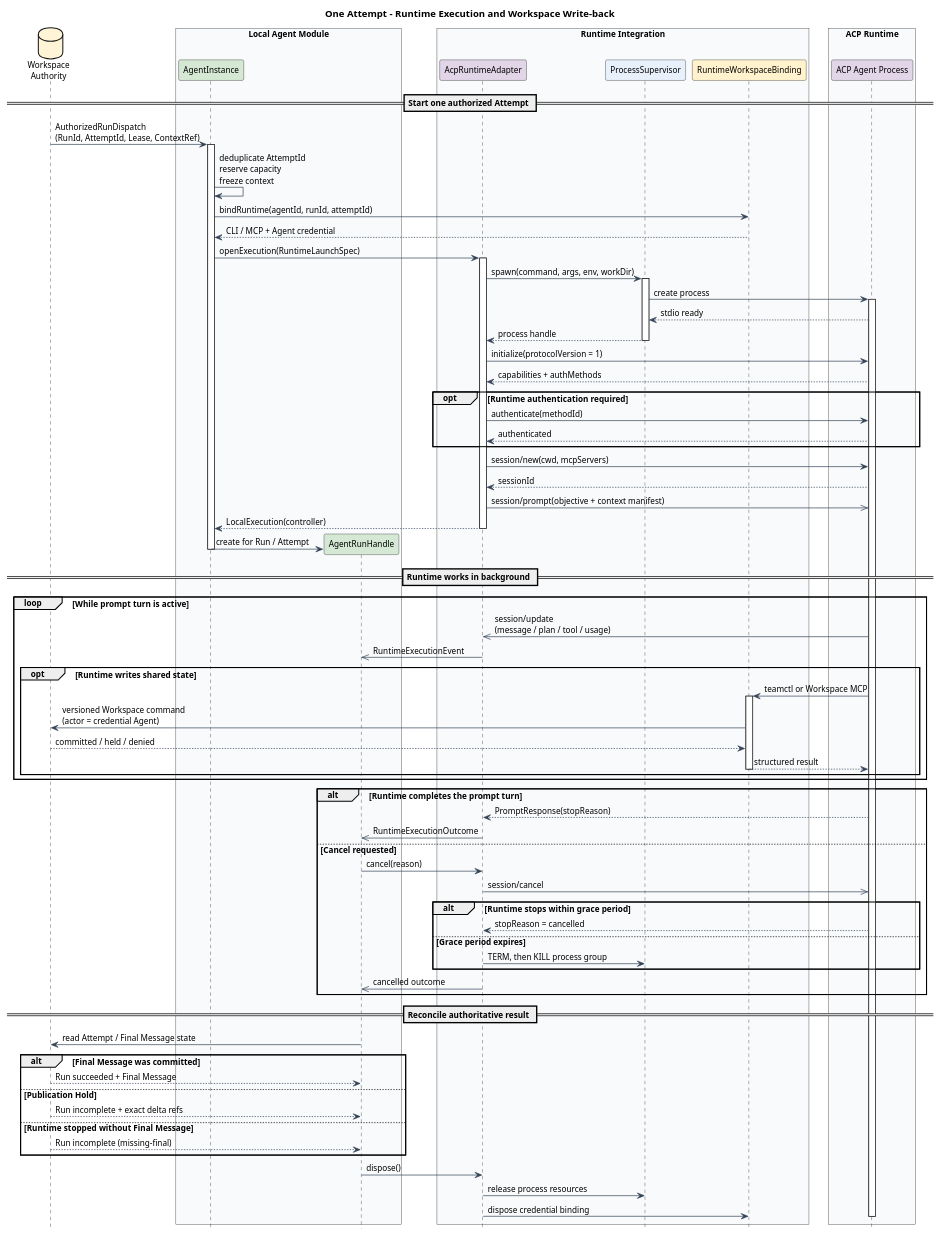
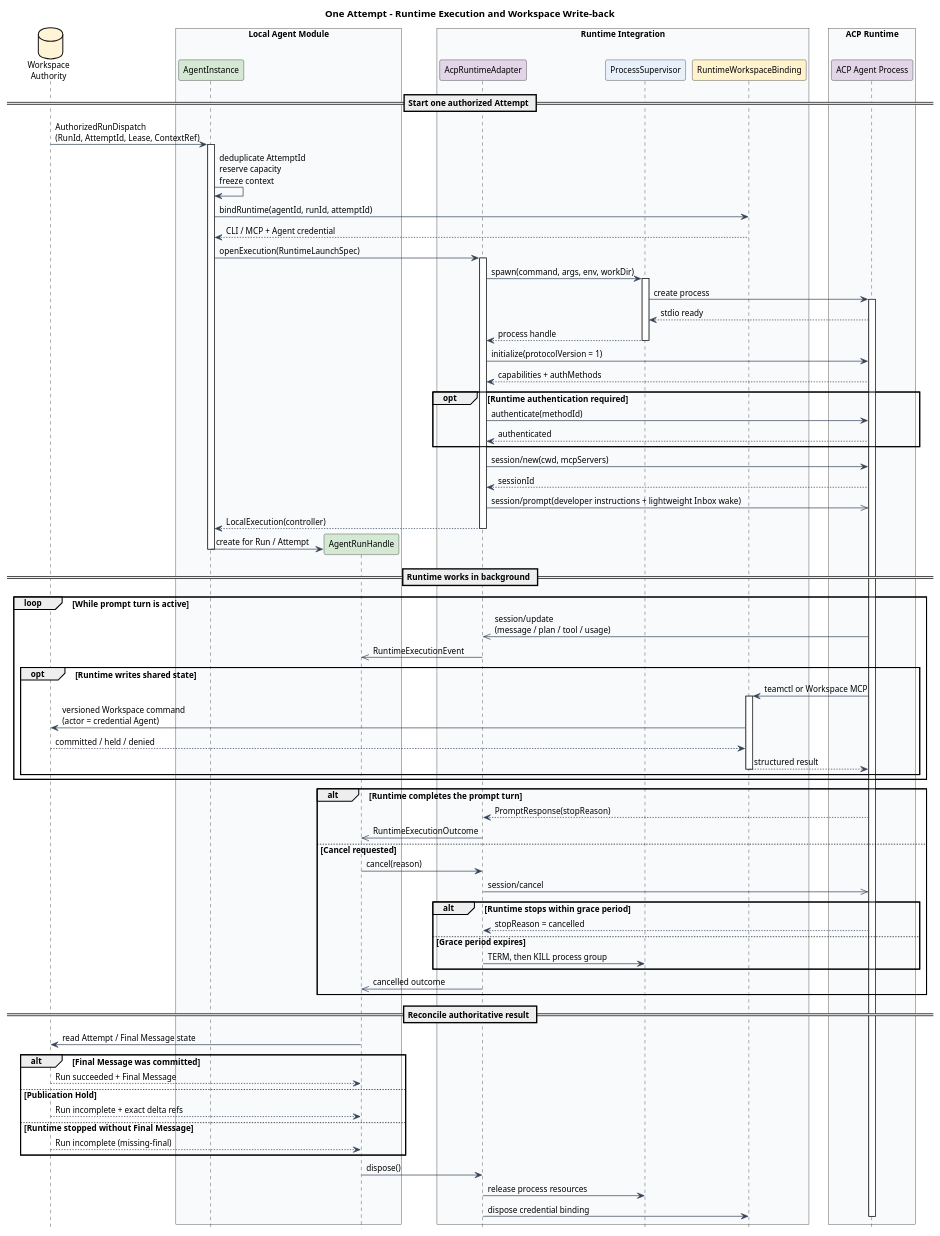
Before and after one commit to OpenSenseNova/SenseNova-Skills-TeamHarness: the second of 2 diagrams in docs/design/05-local-agent-module.md, drawn with PlantUML. The commit also changed other lines of this file and 141 other files, not shown here.

```diff
--- a/docs/design/05-local-agent-module.md
+++ b/docs/design/05-local-agent-module.md
@@ -1446,7 +1446,7 @@
 
 Adapter -> Runtime : session/new(cwd, mcpServers)
 Runtime --> Adapter : sessionId
-Adapter ->> Runtime : session/prompt(objective + context manifest)
+Adapter ->> Runtime : session/prompt(developer instructions + lightweight Inbox wake)
 Adapter --> Agent : LocalExecution(controller)
 deactivate Adapter
 create Handle
```
